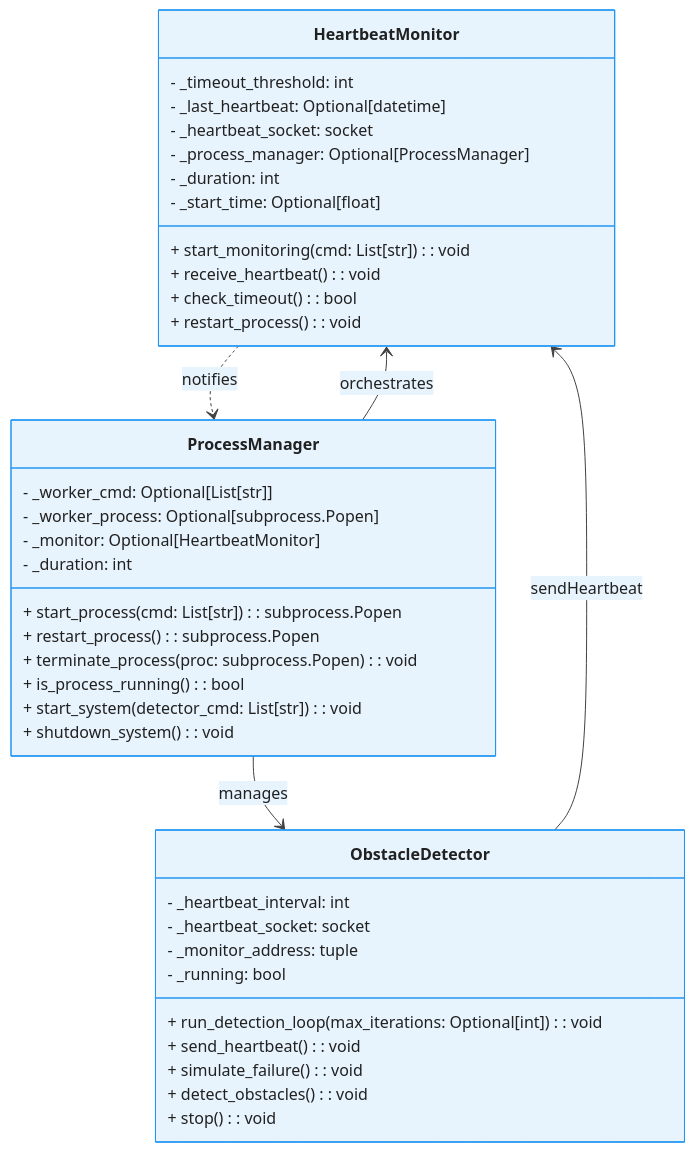
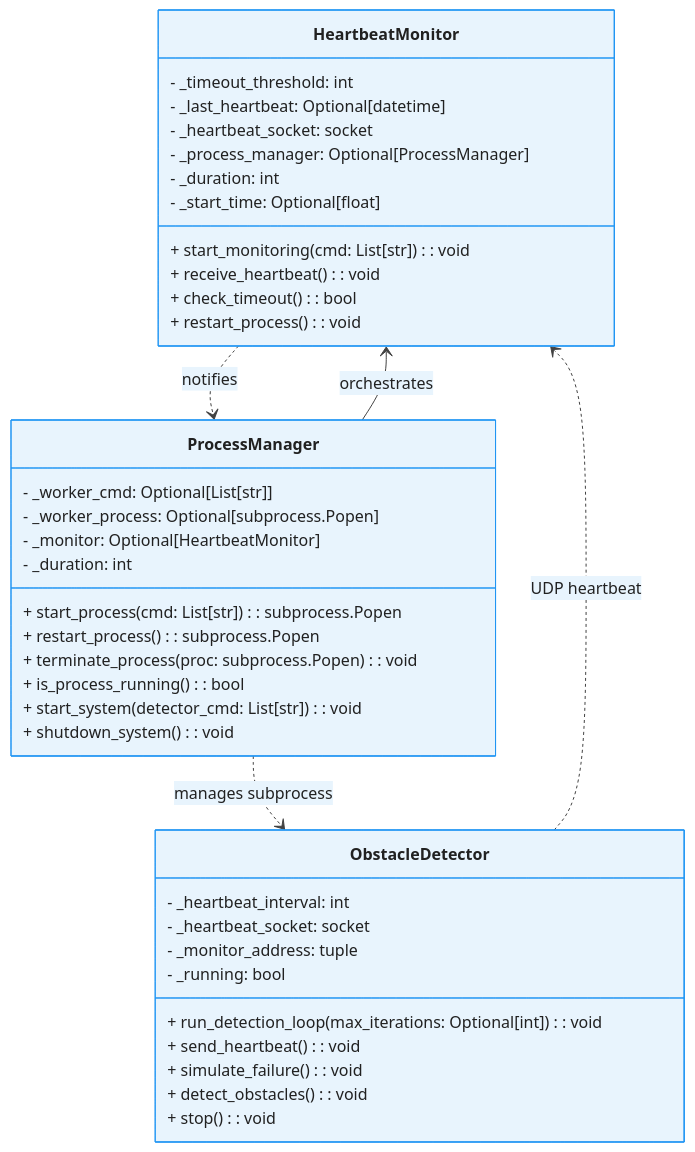
Before and after one commit to ajbarea/heartbeat-obstacle-detector: the first of 2 diagrams in docs/software_architecture.md, drawn with Mermaid.

Commit message:
fix: update sequence diagram to clarify interactions between ProcessManager, ObstacleDetector, and HeartbeatMonitor

````diff
--- a/docs/software_architecture.md
+++ b/docs/software_architecture.md
@@ -46,47 +46,47 @@
 ```mermaid
 %%{init: {"theme": "base", "themeVariables": {"primaryColor": "#E8F4FD", "primaryBorderColor": "#2196F3", "primaryTextColor": "#1565C0", "secondaryColor": "#F3E5F5", "secondaryBorderColor": "#9C27B0", "secondaryTextColor": "#6A1B9A", "tertiaryColor": "#E8F5E8", "tertiaryBorderColor": "#4CAF50", "tertiaryTextColor": "#2E7D32", "lineColor": "#424242", "background": "#FAFAFA", "textColor": "#212121", "nodeTextColor": "#1565C0", "edgeLabelBackground": "#FFFFFF", "clusterBkg": "#F5F5F5", "clusterBorder": "#BDBDBD", "fillType0": "#E3F2FD", "fillType1": "#F3E5F5", "fillType2": "#E8F5E8", "fillType3": "#FFF3E0", "fillType4": "#FCE4EC", "fillType5": "#F1F8E9", "fillType6": "#E0F2F1", "fillType7": "#FFF8E1"}}}%%
 classDiagram
     class HeartbeatMonitor {
         - _timeout_threshold: int
         - _last_heartbeat: Optional[datetime]
         - _heartbeat_socket: socket
         - _process_manager: Optional[ProcessManager]
         - _duration: int
         - _start_time: Optional[float]
         + start_monitoring(cmd: List[str]): void
         + receive_heartbeat(): void
         + check_timeout(): bool
         + restart_process(): void
     }
 
     class ProcessManager {
         - _worker_cmd: Optional[List[str]]
         - _worker_process: Optional[subprocess.Popen]
         - _monitor: Optional[HeartbeatMonitor]
         - _duration: int
         + start_process(cmd: List[str]): subprocess.Popen
         + restart_process(): subprocess.Popen
         + terminate_process(proc: subprocess.Popen): void
         + is_process_running(): bool
         + start_system(detector_cmd: List[str]): void
         + shutdown_system(): void
     }
 
     class ObstacleDetector {
         - _heartbeat_interval: int
         - _heartbeat_socket: socket
         - _monitor_address: tuple
         - _running: bool
         + run_detection_loop(max_iterations: Optional[int]): void
         + send_heartbeat(): void
         + simulate_failure(): void
         + detect_obstacles(): void
         + stop(): void
     }
 
     ProcessManager --> HeartbeatMonitor : orchestrates
-    ProcessManager --> ObstacleDetector : manages
-    ObstacleDetector --> HeartbeatMonitor : sendHeartbeat
+    ProcessManager ..> ObstacleDetector : manages subprocess
+    ObstacleDetector ..> HeartbeatMonitor : UDP heartbeat
     HeartbeatMonitor ..> ProcessManager : notifies
 
 ```
````
